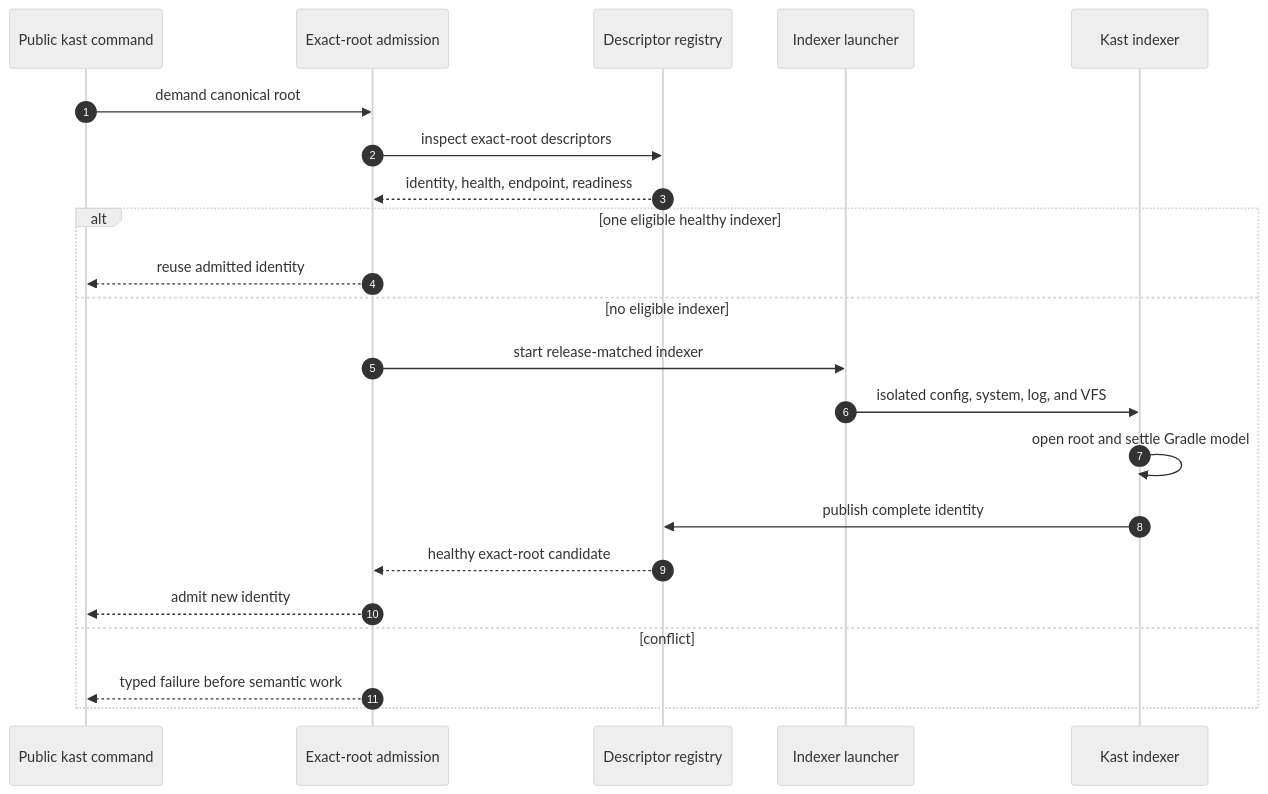
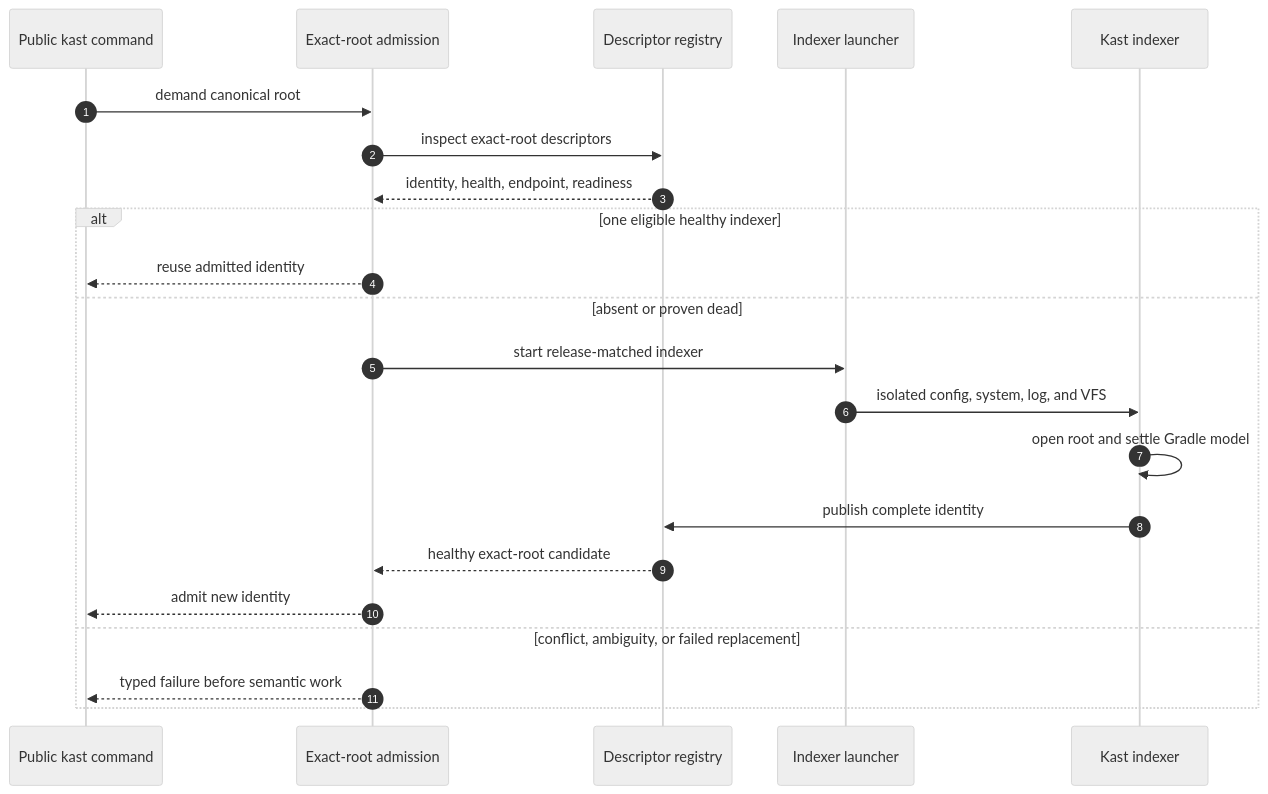
Before and after one commit to amichne/kast: the diagram in docs/internal/indexer/flows/load-and-bootstrap.md, drawn with Mermaid (neutral theme). The commit also changed other lines of this file and 271 other files, not shown here.

````diff
--- a/docs/internal/indexer/flows/load-and-bootstrap.md
+++ b/docs/internal/indexer/flows/load-and-bootstrap.md
@@ -21,25 +21,25 @@
 ```mermaid
 sequenceDiagram
     autonumber
     participant Agent as Public kast command
     participant Admission as Exact-root admission
     participant Registry as Descriptor registry
     participant Launcher as Indexer launcher
     participant Indexer as Kast indexer
 
     Agent->>Admission: demand canonical root
     Admission->>Registry: inspect exact-root descriptors
     Registry-->>Admission: identity, health, endpoint, readiness
     alt one eligible healthy indexer
         Admission-->>Agent: reuse admitted identity
-    else no eligible indexer
+    else absent or proven dead
         Admission->>Launcher: start release-matched indexer
         Launcher->>Indexer: isolated config, system, log, and VFS
         Indexer->>Indexer: open root and settle Gradle model
         Indexer->>Registry: publish complete identity
         Registry-->>Admission: healthy exact-root candidate
         Admission-->>Agent: admit new identity
-    else conflict
+    else conflict, ambiguity, or failed replacement
         Admission-->>Agent: typed failure before semantic work
     end
 ```
````
